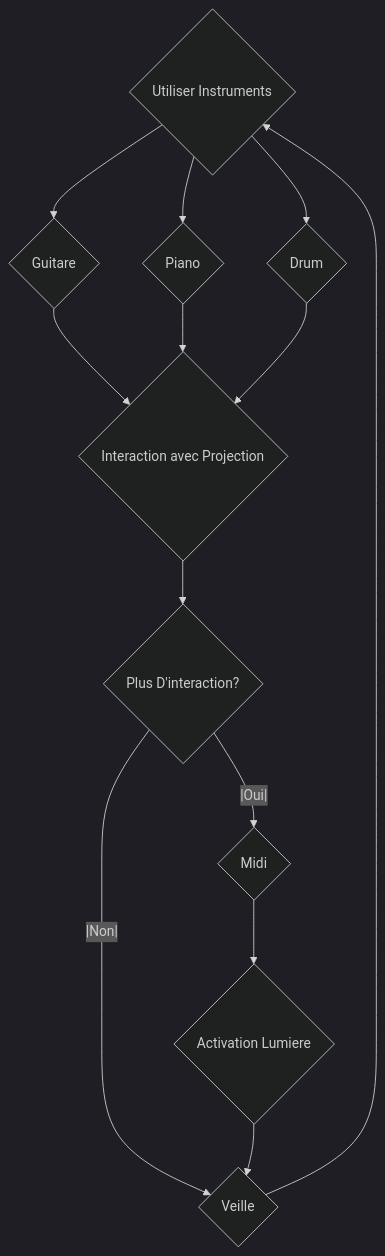
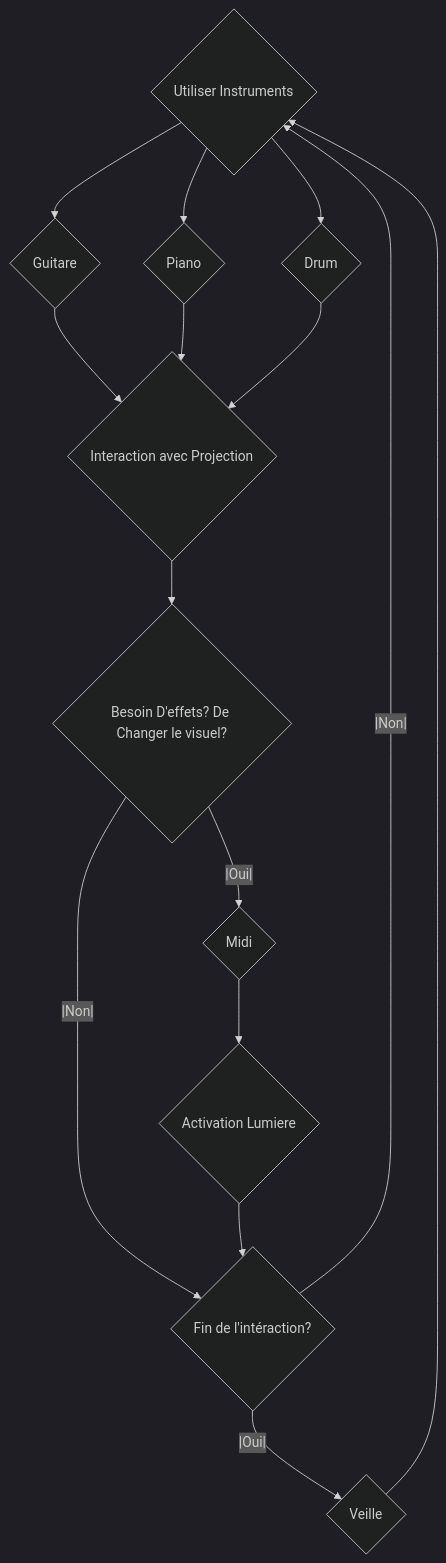
One commit to Jxshvfx/joshua_presentation-02 changed the first of 2 diagrams in README.md. Above: the diagram before and after it, drawn with Mermaid (dark theme). The commit also changed other lines of this file, not shown here.

````diff
--- a/README.md
+++ b/README.md
@@ -17,11 +17,13 @@
 ```mermaid
 graph TD;
     A{Utiliser Instruments}-->B{Guitare} & C{Piano} & D{Drum};
     B{Guitare} & C{Piano} & D{Drum}-->E{Interaction avec Projection};
     E{Interaction avec Projection}-->F{Plus D'interaction?};
-    F{Plus D'interaction?}--|Oui|-->G{Midi};
-    F{Plus D'interaction?}--|Non|-->I{Veille};
+    F{Besoin D'effets? De Changer le visuel?}--|Oui|-->G{Midi};
+    F{Besoin D'effets? De Changer le visuel?}--|Non|-->I{Fin de l'intéraction?};
     G{Midi}-->H{Activation Lumiere};
-    H{Activation Lumiere}-->I{Veille};
-    I{Veille}-->A{Utiliser Instruments};
+    H{Activation Lumiere}-->I{Fin de l'intéraction?};
+    I{Fin de l'intéraction?}--|Oui|-->J{Veille};
+    I{Fin de l'intéraction?}--|Non|-->A{Utiliser Instruments};
+    J{Veille}-->A{Utiliser Instruments};
 ```
````
